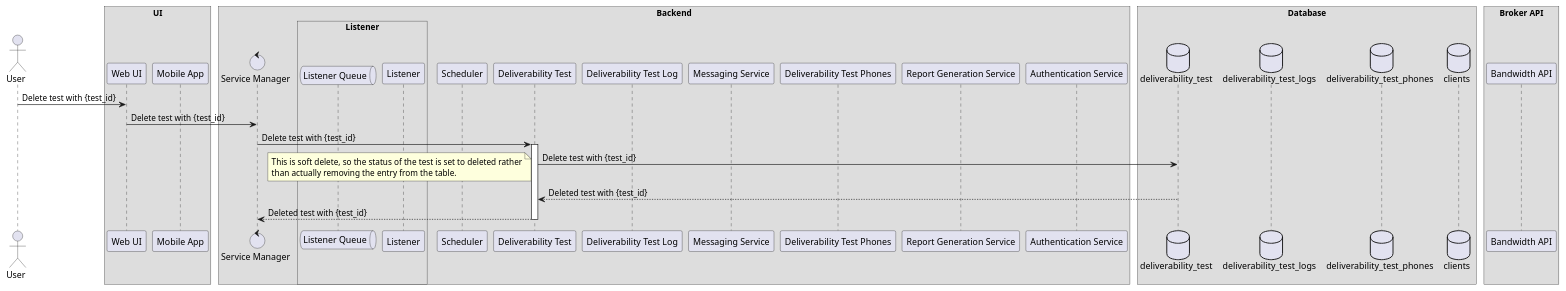
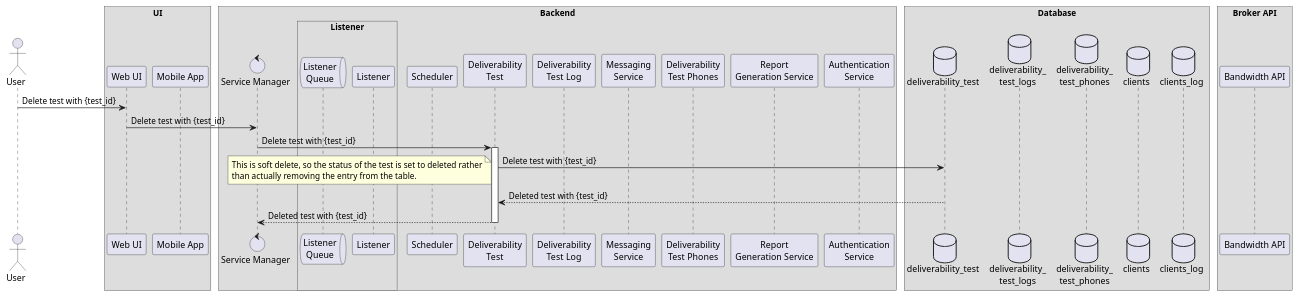
One commit to Xyz0074/testing-diagrams changed the diagram in src/sequence-diagrams/test-deletion-sequence-diagram.puml. Above: the diagram before and after it, drawn with PlantUML. The commit also changed 4 other files, not shown here.

Commit message:
Updated architecture.

```diff
--- a/src/sequence-diagrams/test-deletion-sequence-diagram.puml
+++ b/src/sequence-diagrams/test-deletion-sequence-diagram.puml
@@ -1,55 +1,56 @@
 @startuml
 !pragma teoz true
 /'Defines the protocol when user submits a scheduled test, either recurring or singleton.'/
 /'author: Luvai Cutlerywala <luvaidc@gmail.com>'/
 
 /'Define the actors and participants.'/
 actor User as user
 
 box UI
     participant "Web UI" as web_ui
     participant "Mobile App" as mobile_app
 end box
 
 box Backend
     control "Service Manager" as service_manager
 
     box Listener
-        queue "Listener Queue" as listener_queue
+        queue "Listener\nQueue" as listener_queue
         participant "Listener" as listener
     end box
 
     participant "Scheduler" as scheduler
-    participant "Deliverability Test" as deliverability_test
-    participant "Deliverability Test Log" as deliverability_test_log
-    participant "Messaging Service" as messenger
-    participant "Deliverability Test Phones" as deliverability_test_phones
-    participant "Report Generation Service" as report_generator
-    participant "Authentication Service" as auth
+    participant "Deliverability\nTest" as deliverability_test
+    participant "Deliverability\nTest Log" as deliverability_test_log
+    participant "Messaging\nService" as messenger
+    participant "Deliverability\nTest Phones" as deliverability_test_phones
+    participant "Report\nGeneration Service" as report_generator
+    participant "Authentication\nService" as auth
 end box
 
 box Database
-    database deliverability_test as dt
-    database deliverability_test_logs as dtl
-    database deliverability_test_phones as dtp
+    database "deliverability_test" as dt
+    database "deliverability_\ntest_logs" as dtl
+    database "deliverability_\ntest_phones" as dtp
     database clients as clients
+    database clients_log as cl
 end box
 
 box "Broker API"
     participant "Bandwidth API" as broker_api
 end box
 
 /'Defines the interactions and protocols between the microservices.'/
 user -> web_ui: Delete test with {test_id}
 web_ui -> service_manager: Delete test with {test_id}
 service_manager -> deliverability_test: Delete test with {test_id}
 activate deliverability_test
 deliverability_test -> dt: Delete test with {test_id}
 note left
 This is soft delete, so the status of the test is set to deleted rather
 than actually removing the entry from the table.
 end note
 dt --> deliverability_test: Deleted test with {test_id}
 deliverability_test --> service_manager: Deleted test with {test_id}
 deactivate deliverability_test
 @enduml
```
